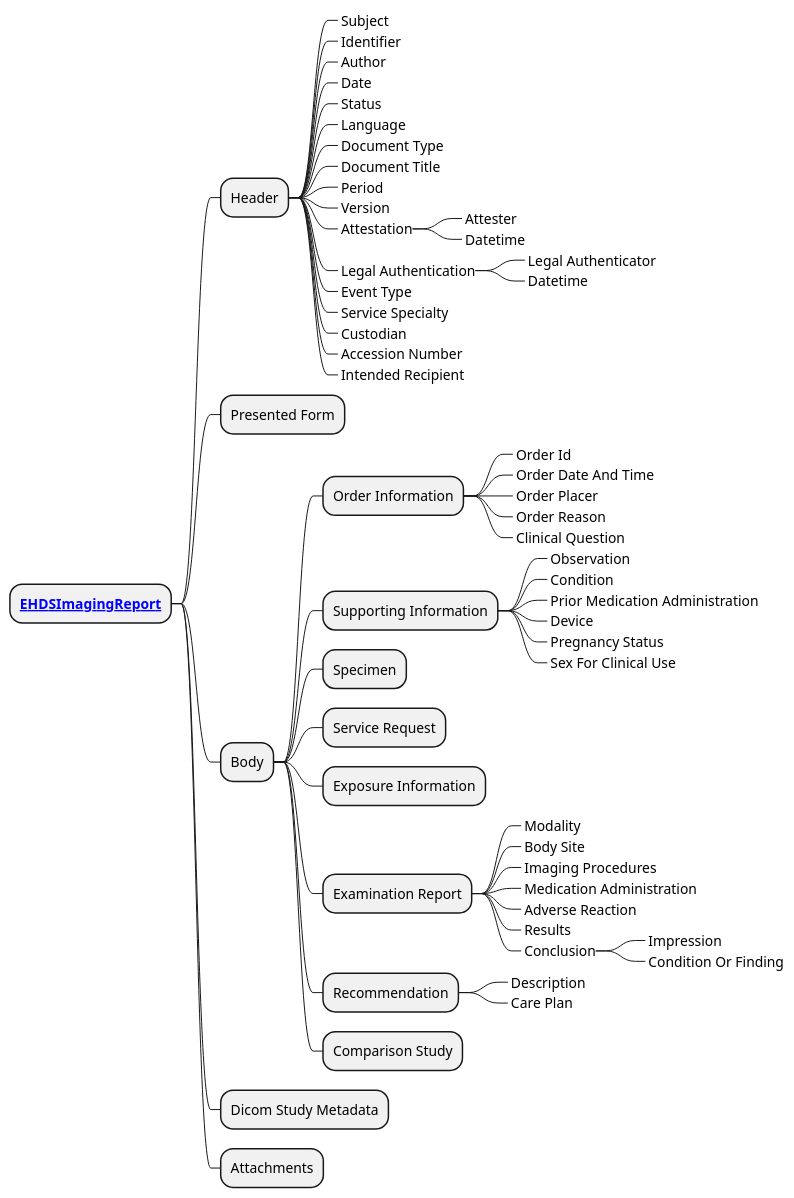
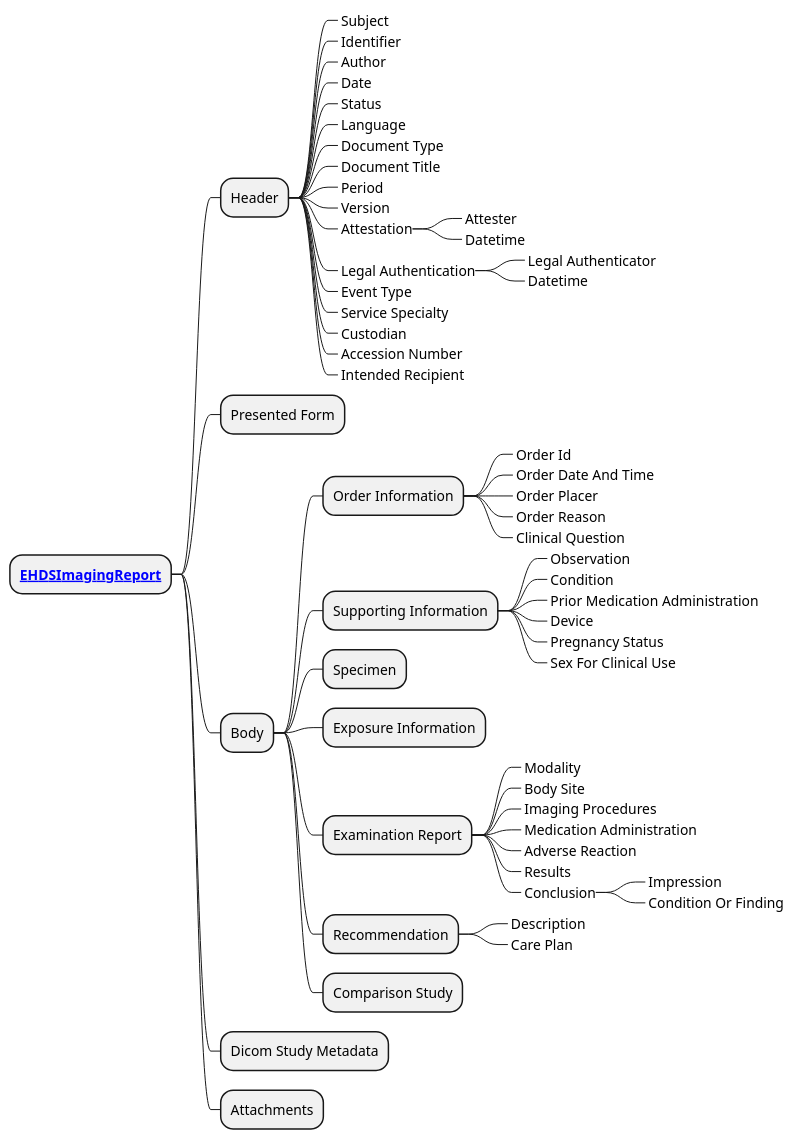
The diagram in input/images-source/imgReport_CIM.plantuml (Xt-EHR/xt-ehr-common), drawn with PlantUML before and after one commit. The commit also changed 1 other file, not shown here.

```diff
--- a/input/images-source/imgReport_CIM.plantuml
+++ b/input/images-source/imgReport_CIM.plantuml
@@ -1,61 +1,60 @@
 @startmindmap
 skinparam topurl StructureDefinition-
 
 * **[[EHDSImagingReport.html EHDSImagingReport]]**
 ** Header
 ***_ Subject
 ***_ Identifier
 ***_ Author
 ***_ Date
 ***_ Status
 ***_ Language
 ***_ Document Type
 ***_ Document Title
 ***_ Period
 ***_ Version
 ***_ Attestation
 ****_ Attester
 ****_ Datetime
 ***_ Legal Authentication
 ****_ Legal Authenticator
 ****_ Datetime
 ***_ Event Type
 ***_ Service Specialty
 ***_ Custodian
 ***_ Accession Number
 ***_ Intended Recipient
 ** Presented Form
 ** Body
 *** Order Information
 ****_ Order Id
 ****_ Order Date And Time
 ****_ Order Placer
 ****_ Order Reason
 ****_ Clinical Question
 *** Supporting Information
 ****_ Observation
 ****_ Condition
 ****_ Prior Medication Administration
 ****_ Device
 ****_ Pregnancy Status
 ****_ Sex For Clinical Use
 *** Specimen
-*** Service Request
 *** Exposure Information
 *** Examination Report
 ****_ Modality
 ****_ Body Site
 ****_ Imaging Procedures
 ****_ Medication Administration
 ****_ Adverse Reaction
 ****_ Results
 ****_ Conclusion
 *****_ Impression
 *****_ Condition Or Finding
 *** Recommendation
 ****_ Description
 ****_ Care Plan
 *** Comparison Study
 ** Dicom Study Metadata
 ** Attachments
 @endmindmap
```
